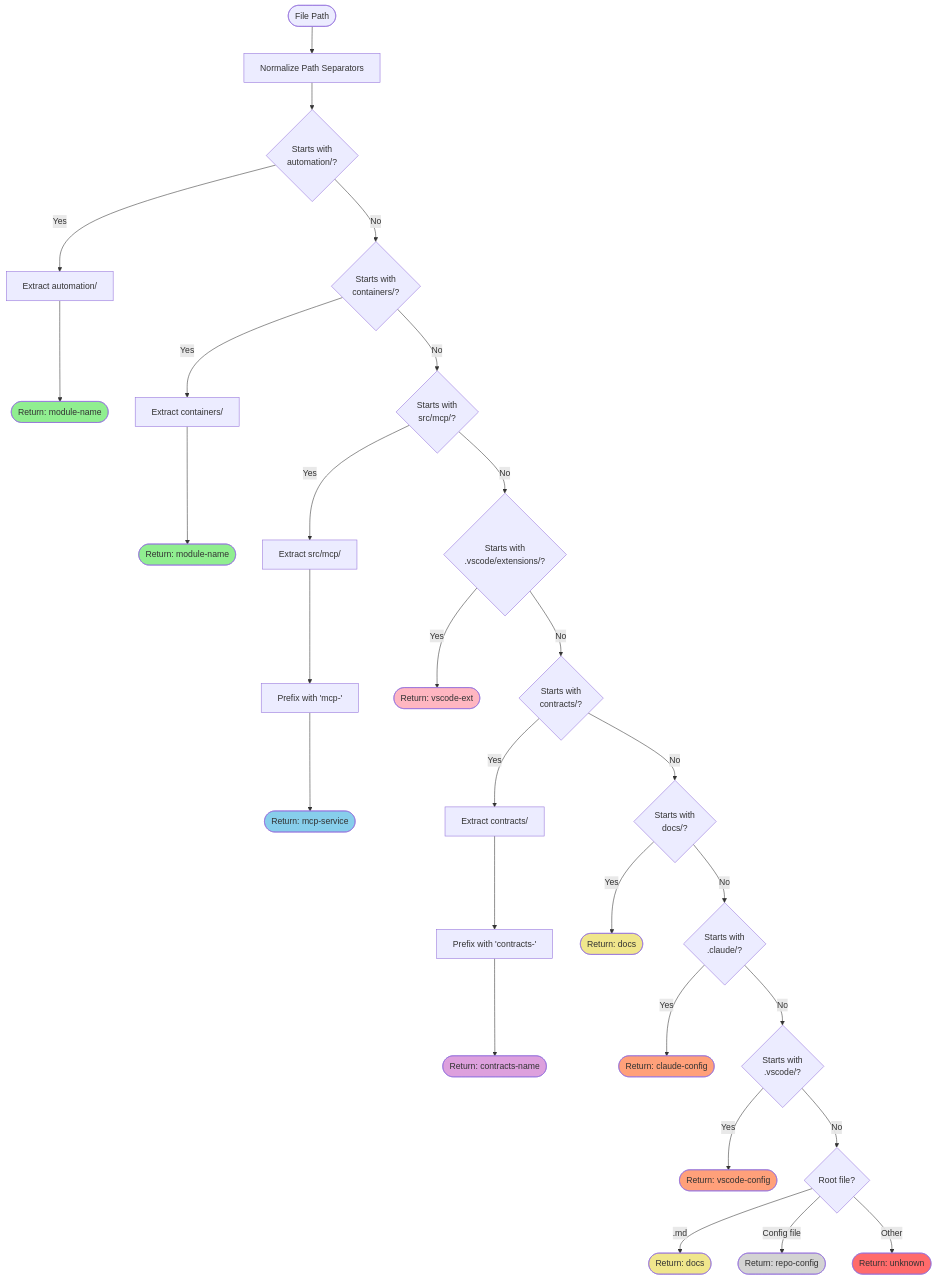
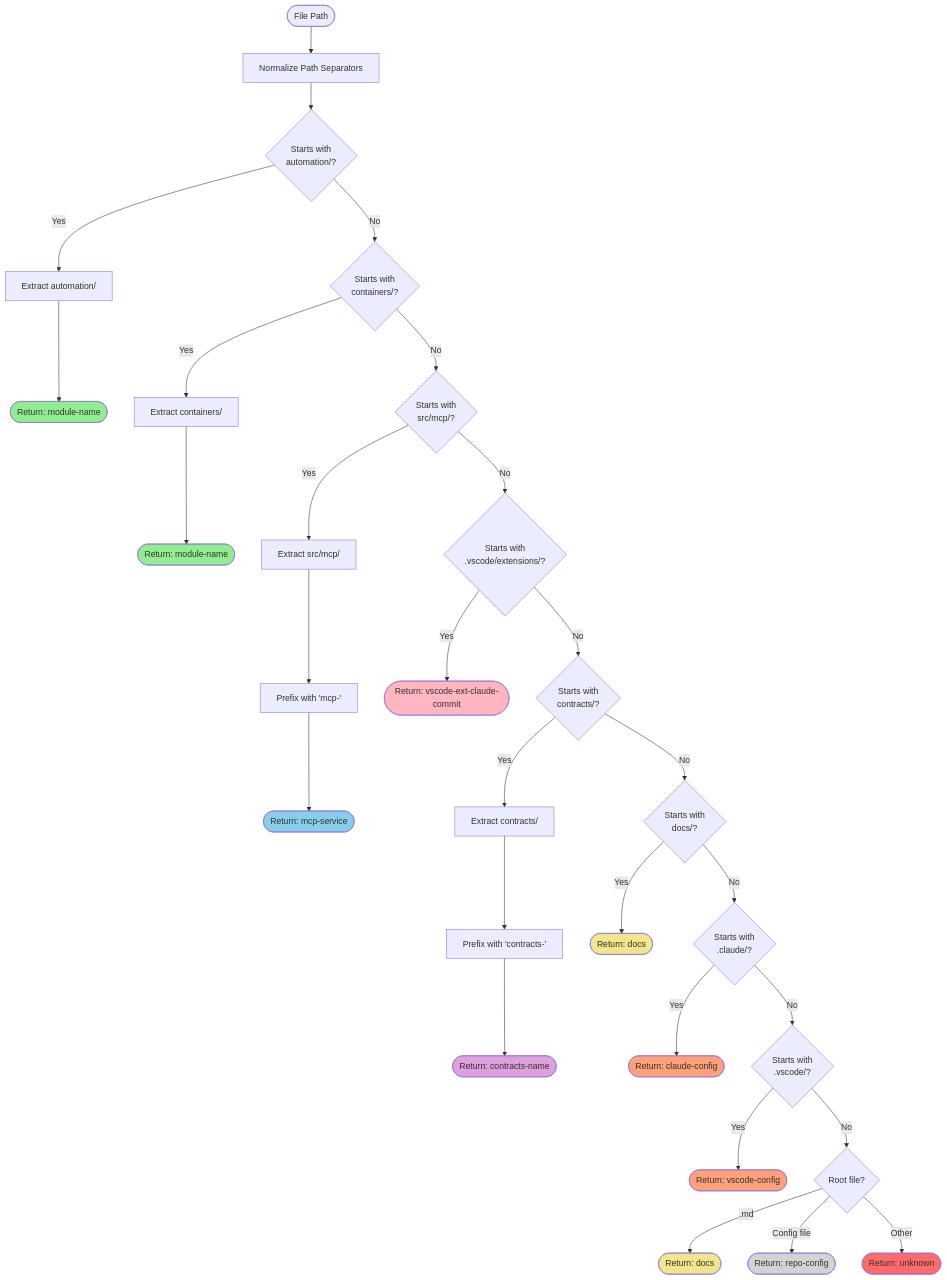
Before and after one commit to ready-to-release/eac: the first of 13 diagrams in docs/guide/module-detection.md, drawn with Mermaid. The commit also changed other lines of this file and 28 other files, not shown here.

````diff
--- a/docs/guide/module-detection.md
+++ b/docs/guide/module-detection.md
@@ -11,51 +11,51 @@
 ```mermaid
 flowchart TD
     Start([File Path]) --> Normalize[Normalize Path Separators]
     Normalize --> CheckAuto{Starts with<br/>automation/?}
 
     CheckAuto -->|Yes| ExtractAuto[Extract automation/<module-name>]
     ExtractAuto --> ReturnAuto([Return: module-name])
 
     CheckAuto -->|No| CheckContainer{Starts with<br/>containers/?}
     CheckContainer -->|Yes| ExtractContainer[Extract containers/<module-name>]
     ExtractContainer --> ReturnContainer([Return: module-name])
 
     CheckContainer -->|No| CheckMCP{Starts with<br/>src/mcp/?}
     CheckMCP -->|Yes| ExtractMCP[Extract src/mcp/<service>]
     ExtractMCP --> PrefixMCP[Prefix with 'mcp-']
     PrefixMCP --> ReturnMCP([Return: mcp-service])
 
     CheckMCP -->|No| CheckVSCode{Starts with<br/>.vscode/extensions/?}
-    CheckVSCode -->|Yes| ReturnVSCode([Return: vscode-ext])
+    CheckVSCode -->|Yes| ReturnVSCode([Return: vscode-ext-claude-commit])
 
     CheckVSCode -->|No| CheckContracts{Starts with<br/>contracts/?}
     CheckContracts -->|Yes| ExtractContracts[Extract contracts/<name>]
     ExtractContracts --> PrefixContracts[Prefix with 'contracts-']
     PrefixContracts --> ReturnContracts([Return: contracts-name])
 
     CheckContracts -->|No| CheckDocs{Starts with<br/>docs/?}
     CheckDocs -->|Yes| ReturnDocs([Return: docs])
 
     CheckDocs -->|No| CheckClaude{Starts with<br/>.claude/?}
     CheckClaude -->|Yes| ReturnClaude([Return: claude-config])
 
     CheckClaude -->|No| CheckVSConfig{Starts with<br/>.vscode/?}
     CheckVSConfig -->|Yes| ReturnVSConfig([Return: vscode-config])
 
     CheckVSConfig -->|No| CheckRoot{Root file?}
     CheckRoot -->|.md| ReturnRootDocs([Return: docs])
     CheckRoot -->|Config file| ReturnRepoConfig([Return: repo-config])
     CheckRoot -->|Other| ReturnUnknown([Return: unknown])
 
     style ReturnAuto fill:#90EE90
     style ReturnContainer fill:#90EE90
     style ReturnMCP fill:#87CEEB
     style ReturnVSCode fill:#FFB6C1
     style ReturnContracts fill:#DDA0DD
     style ReturnDocs fill:#F0E68C
     style ReturnClaude fill:#FFA07A
     style ReturnVSConfig fill:#FFA07A
     style ReturnRootDocs fill:#F0E68C
     style ReturnRepoConfig fill:#D3D3D3
     style ReturnUnknown fill:#FF6B6B
 ```
````
